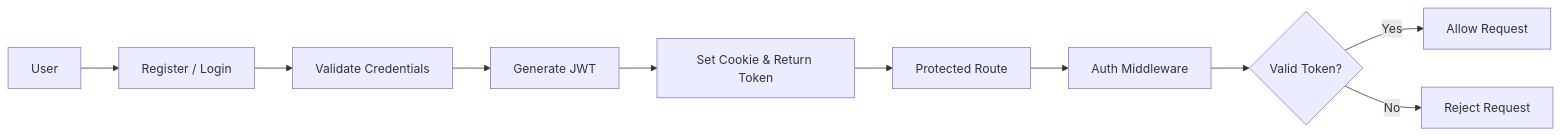
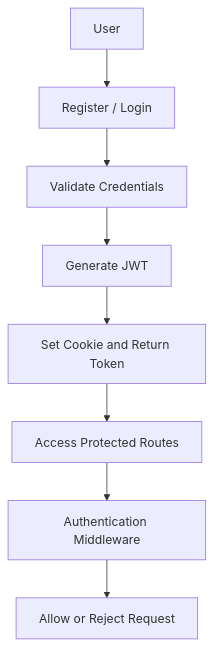
Before and after one commit to mayank03s/Backend-Ledger: the third of 3 diagrams in README.md, drawn with Mermaid. The commit also changed other lines of this file, not shown here.

Commit message:
Improve workflow diagrams

````diff
--- a/README.md
+++ b/README.md
@@ -297,14 +295,10 @@
 ```mermaid
-
-flowchart LR
+flowchart TD
     A["User"] --> B["Register / Login"]
     B --> C["Validate Credentials"]
     C --> D["Generate JWT"]
-    D --> E["Set Cookie & Return Token"]
-    E --> F["Protected Route"]
-    F --> G["Auth Middleware"]
-    G --> H{"Valid Token?"}
-    H -->|Yes| I["Allow Request"]
-    H -->|No| J["Reject Request"]
-
+    D --> E["Set Cookie and Return Token"]
+    E --> F["Access Protected Routes"]
+    F --> G["Authentication Middleware"]
+    G --> H["Allow or Reject Request"]
 ```
````
